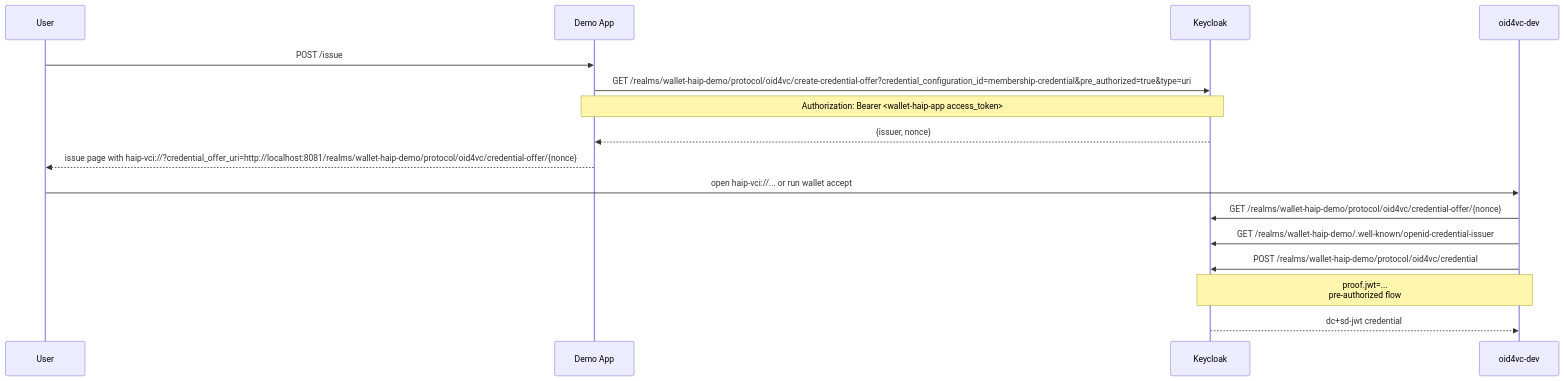
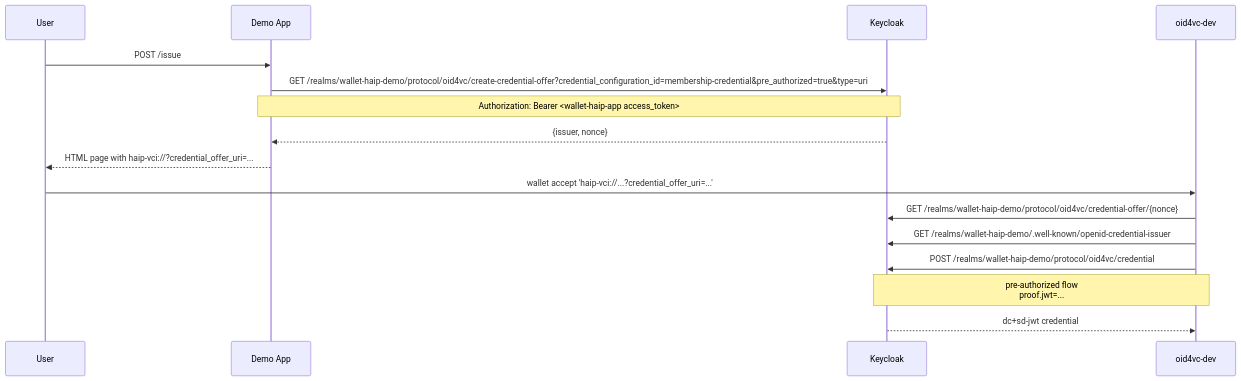
Before and after one commit to dominikschlosser/ssi-debugger: the second of 3 diagrams in examples/keycloak-issuer-verifier-haip-app/README.md, drawn with Mermaid. The commit also changed other lines of this file and 8 other files, not shown here.

Commit message:
fix: haip structure and running wallet accept if instance is already running

````diff
--- a/examples/keycloak-issuer-verifier-haip-app/README.md
+++ b/examples/keycloak-issuer-verifier-haip-app/README.md
@@ -52,20 +62,20 @@
 ```mermaid
 sequenceDiagram
     participant U as User
     participant APP as Demo App
     participant KC as Keycloak
     participant W as oid4vc-dev
 
     U->>APP: POST /issue
     APP->>KC: GET /realms/wallet-haip-demo/protocol/oid4vc/create-credential-offer?credential_configuration_id=membership-credential&pre_authorized=true&type=uri
     Note over APP,KC: Authorization: Bearer <wallet-haip-app access_token>
     KC-->>APP: {issuer, nonce}
-    APP-->>U: issue page with haip-vci://?credential_offer_uri=http://localhost:8081/realms/wallet-haip-demo/protocol/oid4vc/credential-offer/{nonce}
+    APP-->>U: HTML page with haip-vci://?credential_offer_uri=...
 
-    U->>W: open haip-vci://... or run wallet accept
+    U->>W: wallet accept 'haip-vci://...?credential_offer_uri=...'
     W->>KC: GET /realms/wallet-haip-demo/protocol/oid4vc/credential-offer/{nonce}
     W->>KC: GET /realms/wallet-haip-demo/.well-known/openid-credential-issuer
     W->>KC: POST /realms/wallet-haip-demo/protocol/oid4vc/credential
-    Note over W,KC: proof.jwt=...<br/>pre-authorized flow
+    Note over W,KC: pre-authorized flow<br/>proof.jwt=...
     KC-->>W: dc+sd-jwt credential
 ```
````
